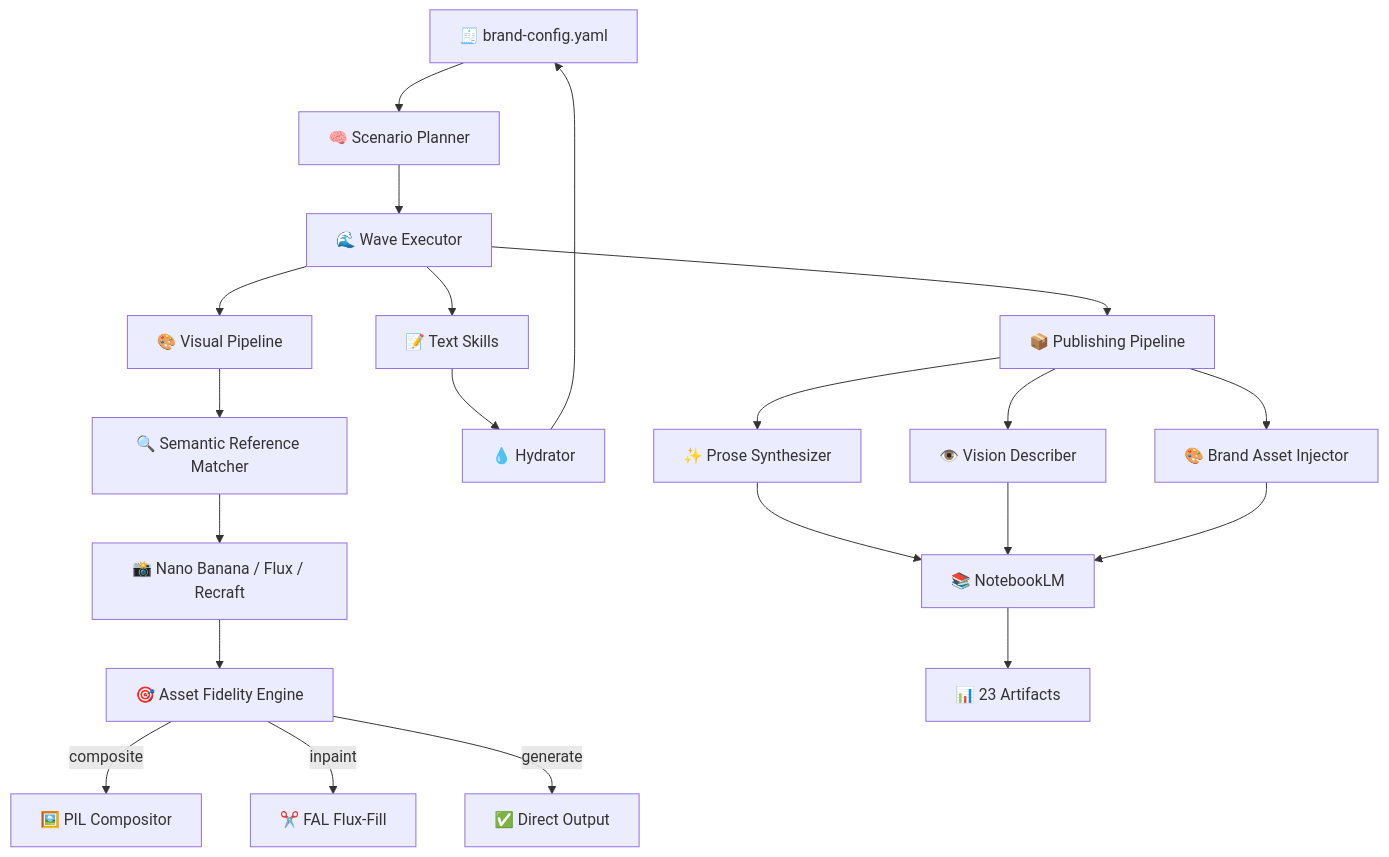
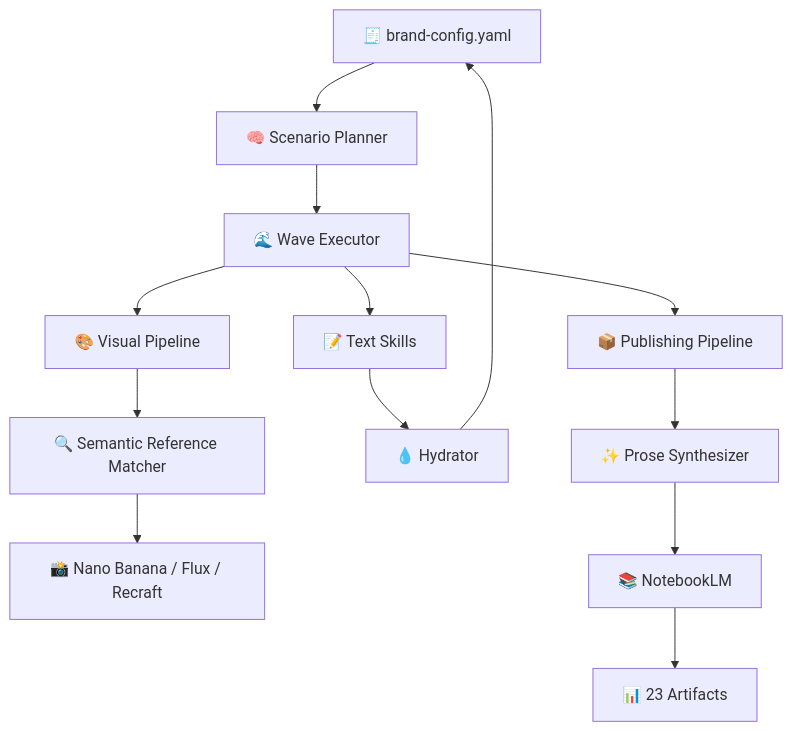
The diagram in README.md (Sheshiyer/brandmint-oracle-aleph), drawn with Mermaid before and after one commit. The commit also changed other lines of this file and 338 other files, not shown here.

````diff
--- a/README.md
+++ b/README.md
@@ -222,23 +169,15 @@
 ```mermaid
 graph TD
     A[🧾 brand-config.yaml] --> B[🧠 Scenario Planner]
     B --> C[🌊 Wave Executor]
     C --> D[📝 Text Skills]
     C --> E[🎨 Visual Pipeline]
     E --> K[🔍 Semantic Reference Matcher]
     K --> L[📸 Nano Banana / Flux / Recraft]
-    L --> M[🎯 Asset Fidelity Engine]
-    M -->|composite| N[🖼️ PIL Compositor]
-    M -->|inpaint| O[✂️ FAL Flux-Fill]
-    M -->|generate| P[✅ Direct Output]
     D --> F[💧 Hydrator]
     F --> A
     C --> G[📦 Publishing Pipeline]
     G --> H[✨ Prose Synthesizer]
-    G --> Q[👁️ Vision Describer]
-    G --> R[🎨 Brand Asset Injector]
     H --> I[📚 NotebookLM]
-    Q --> I
-    R --> I
     I --> J[📊 23 Artifacts]
 ```
````
